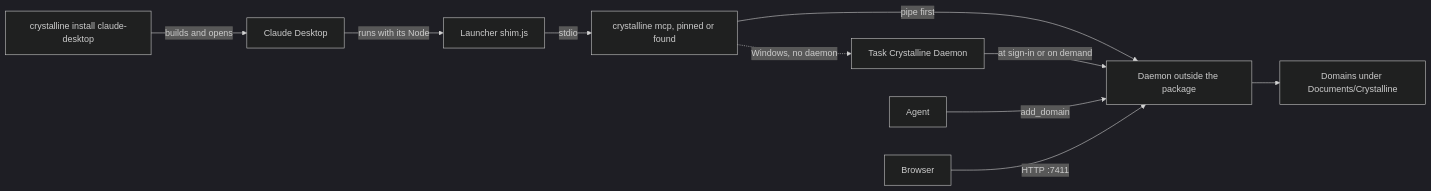
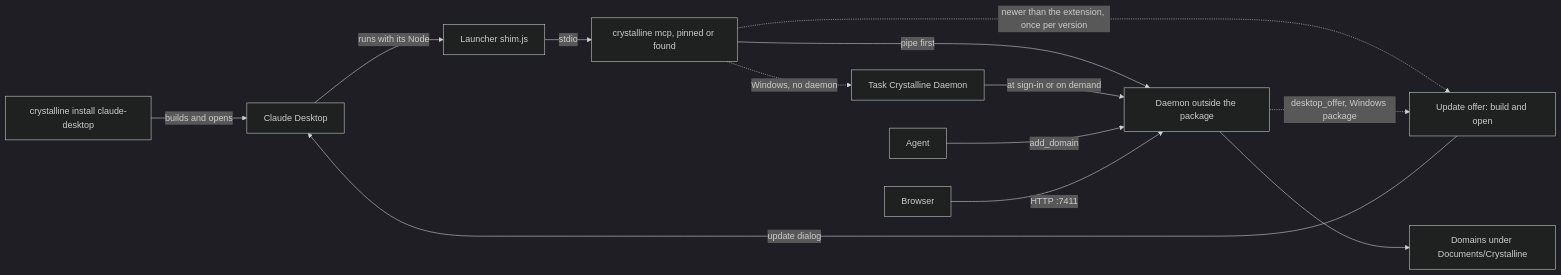
The second of 20 diagrams in docs/deployment.md (jordiboehme/crystalline), drawn with Mermaid (dark theme) before and after one commit. The commit also changed other lines of this file and 9 other files, not shown here.

Commit message:
fix(cli): install waits for a running offer, the packaged bridge never waits for the daemon, and the docs explain the update dialog

````diff
--- a/docs/deployment.md
+++ b/docs/deployment.md
@@ -38,12 +38,15 @@
 ```mermaid
 flowchart LR
     I[crystalline install claude-desktop] -->|builds and opens| CD[Claude Desktop]
     CD -->|runs with its Node| S[Launcher shim.js]
     S -->|stdio| M[crystalline mcp, pinned or found]
     M -->|pipe first| D[Daemon outside the package]
     M -.->|Windows, no daemon| T[Task Crystalline Daemon]
     T -->|at sign-in or on demand| D
+    M -.->|newer than the extension, once per version| U[Update offer: build and open]
+    D -.->|desktop_offer, Windows package| U
+    U -->|update dialog| CD
     A[Agent] -->|add_domain| D
     D --> K[Domains under Documents/Crystalline]
     B[Browser] -->|HTTP :7411| D
 ```
````
